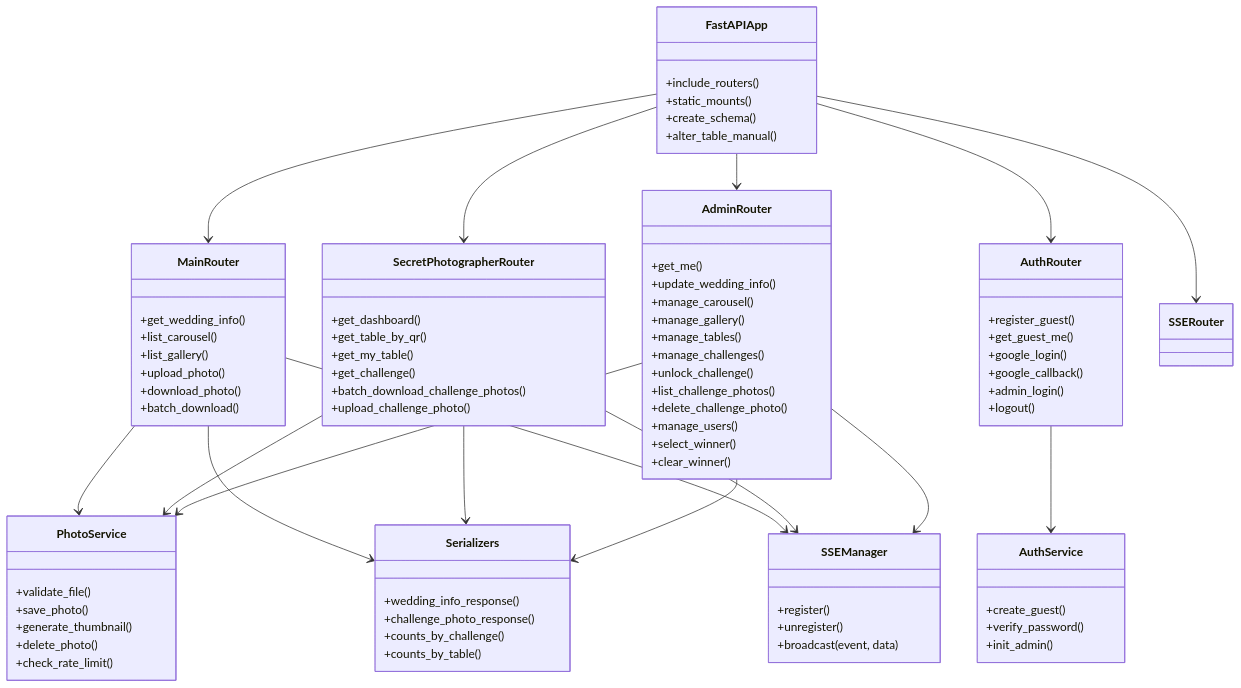
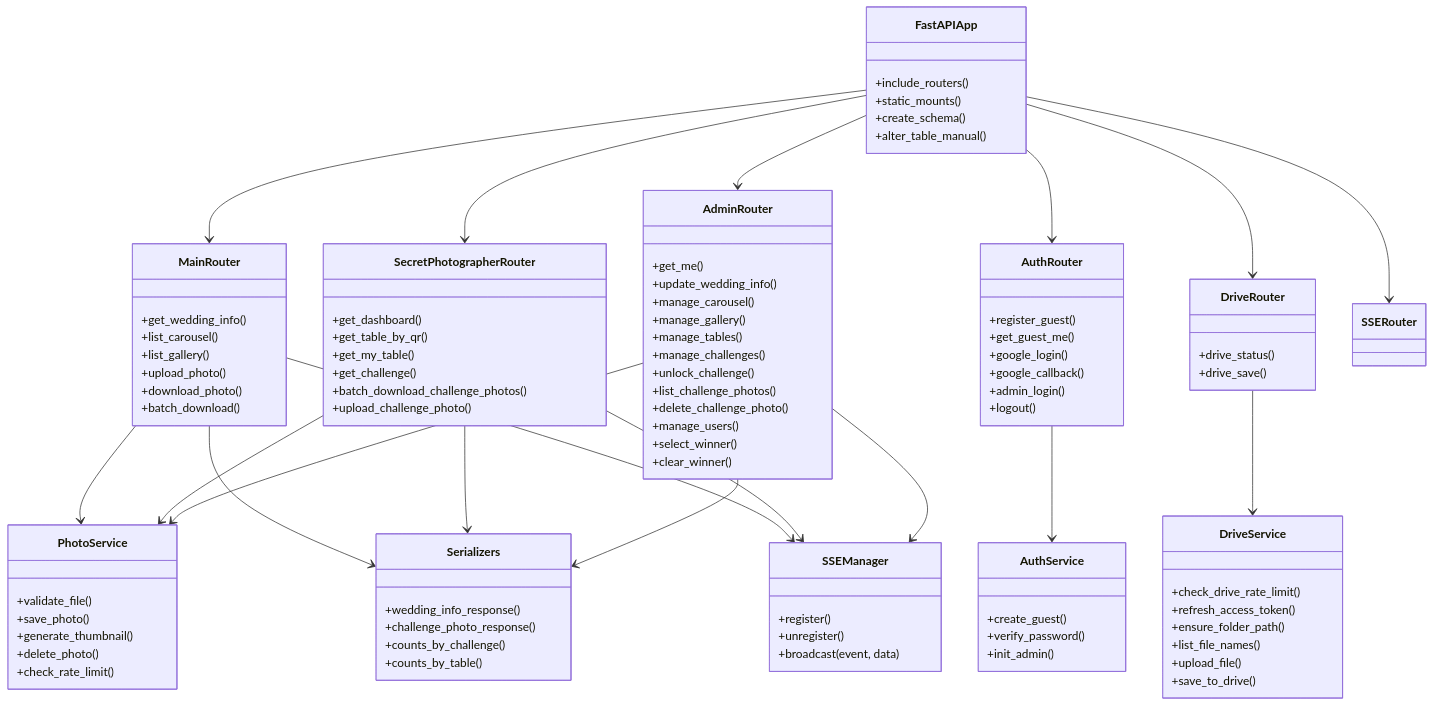
One commit to juniornff/wedding-photo-manager changed diagram 11 of 12 in README.md. Above: the diagram before and after it, drawn with Mermaid. The commit also changed other lines of this file and 1 other file, not shown here.

Commit message:
docs: README (ER con google_refresh_token, componente DriveRouter/DriveService, endpoints /api/drive, regla de negocio y checklist de consola Google: Drive API + scope drive.file + app En producción) y AGENTS (router drive, drive_service, migración _ensure_user_roles, flujo opt-in y rate limit) para el guardado en Google Drive

```diff
--- a/README.md
+++ b/README.md
@@ -461,6 +462,20 @@
         +logout()
     }
 
+    class DriveRouter {
+        +drive_status()
+        +drive_save()
+    }
+
+    class DriveService {
+        +check_drive_rate_limit()
+        +refresh_access_token()
+        +ensure_folder_path()
+        +list_file_names()
+        +upload_file()
+        +save_to_drive()
+    }
+
     class PhotoService {
         +validate_file()
         +save_photo()
@@ -492,12 +507,14 @@
     FastAPIApp --> SecretPhotographerRouter
     FastAPIApp --> AdminRouter
     FastAPIApp --> AuthRouter
+    FastAPIApp --> DriveRouter
     FastAPIApp --> SSERouter
 
     MainRouter --> PhotoService
     SecretPhotographerRouter --> PhotoService
     AdminRouter --> PhotoService
     AuthRouter --> AuthService
+    DriveRouter --> DriveService
 
     MainRouter --> Serializers
     SecretPhotographerRouter --> Serializers
```
